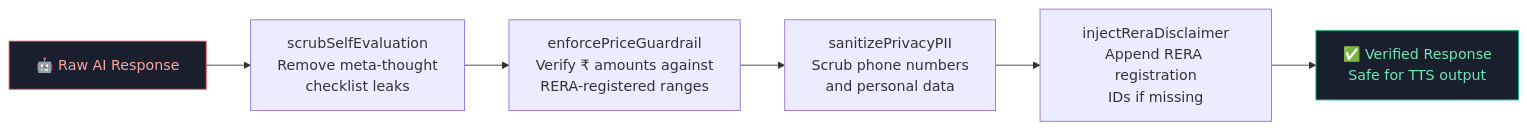
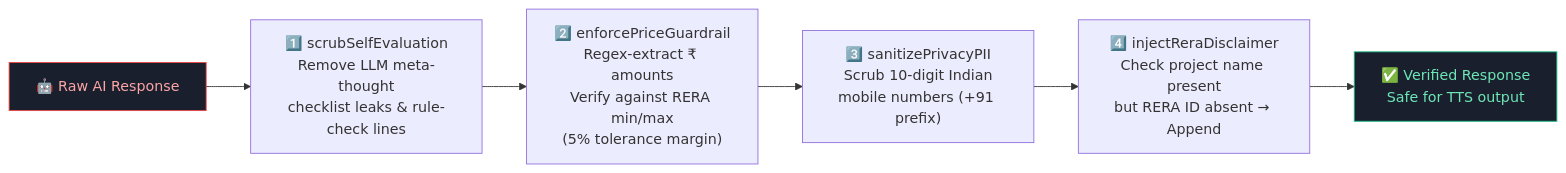
Before and after one commit to iammohith/Voice-First-Aura-Real-Estate-Agent-V-FAREA: the eighth of 11 diagrams in README.md, drawn with Mermaid. The commit also changed other lines of this file, not shown here.

Commit message:
docs: update README with comprehensive architecture diagrams and system design

````diff
--- a/README.md
+++ b/README.md
@@ -229,11 +452,11 @@
 ```mermaid
 flowchart LR
-    A["🤖 Raw AI Response"] --> B["scrubSelfEvaluation<br/>Remove meta-thought<br/>checklist leaks"]
-    B --> C["enforcePriceGuardrail<br/>Verify ₹ amounts against<br/>RERA-registered ranges"]
-    C --> D["sanitizePrivacyPII<br/>Scrub phone numbers<br/>and personal data"]
-    D --> E["injectReraDisclaimer<br/>Append RERA registration<br/>IDs if missing"]
+    A["🤖 Raw AI Response"] --> B["1️⃣ scrubSelfEvaluation<br/>Remove LLM meta-thought<br/>checklist leaks & rule-check lines"]
+    B --> C["2️⃣ enforcePriceGuardrail<br/>Regex-extract ₹ amounts<br/>Verify against RERA min/max<br/>(5% tolerance margin)"]
+    C --> D["3️⃣ sanitizePrivacyPII<br/>Scrub 10-digit Indian<br/>mobile numbers (+91 prefix)"]
+    D --> E["4️⃣ injectReraDisclaimer<br/>Check project name present<br/>but RERA ID absent → Append"]
     E --> F["✅ Verified Response<br/>Safe for TTS output"]
 
     style A fill:#1a1f2e,stroke:#ef4444,color:#fca5a5
     style F fill:#1a1f2e,stroke:#10b981,color:#6ee7b7
 ```
````
